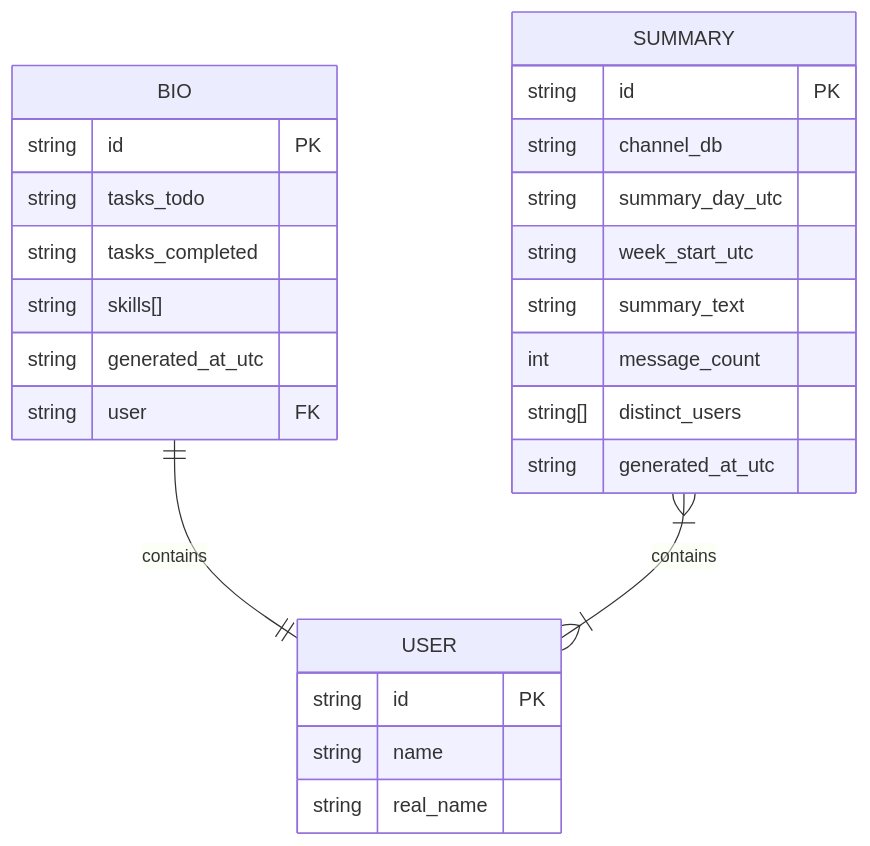
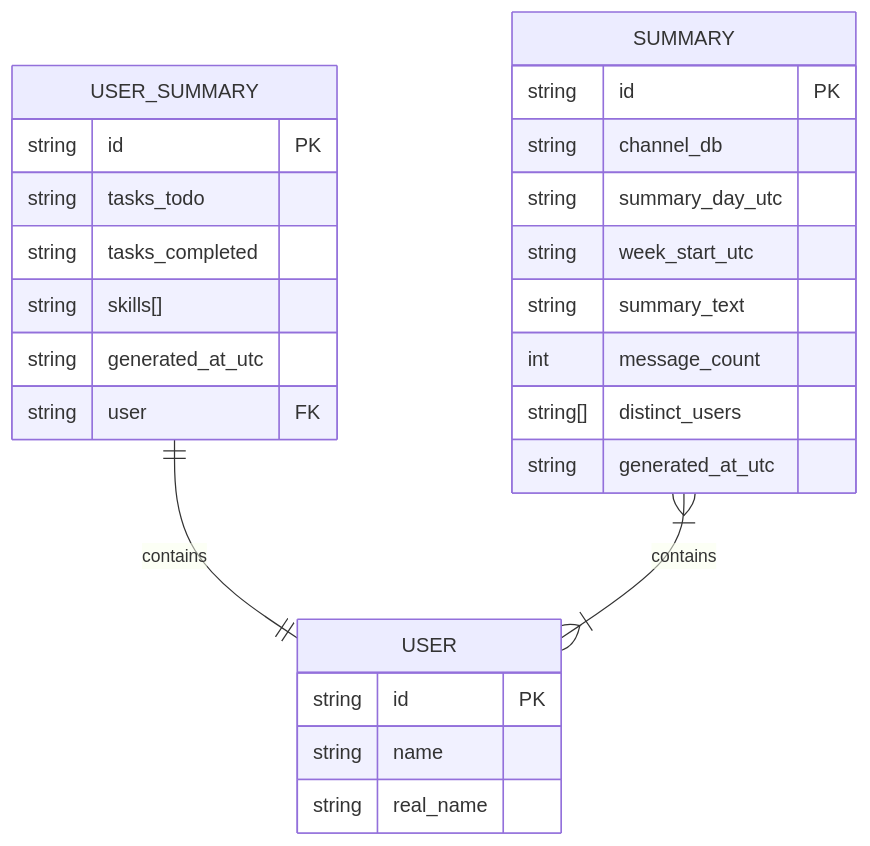
Before and after one commit to Capstone-Projects-2026-spring/project-structuring-unstructured-data: the fourth of 4 diagrams in documentation/docs/system-architecture/design.md, drawn with Mermaid. The commit also changed other lines of this file and 3 other files, not shown here.

Commit message:
Added class diagram for mongoDB collections

````diff
--- a/documentation/docs/system-architecture/design.md
+++ b/documentation/docs/system-architecture/design.md
@@ -175,31 +268,31 @@
 ```mermaid
 erDiagram
-    BIO ||--|| USER : contains
+    USER_SUMMARY ||--|| USER : contains
     SUMMARY }|--|{ USER : contains
 
-    BIO {
+    USER_SUMMARY {
         string id PK
         string tasks_todo
         string tasks_completed
         string skills[]
         string generated_at_utc
         string user FK
     }
 
     SUMMARY {
         string id PK
         string channel_db
         string summary_day_utc
         string week_start_utc
         string summary_text
         int message_count
         string[] distinct_users
         string generated_at_utc
     }
 
     USER {
         string id PK
         string name
         string real_name
     }
 ```
````
